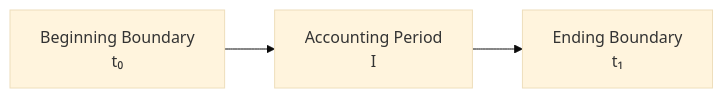
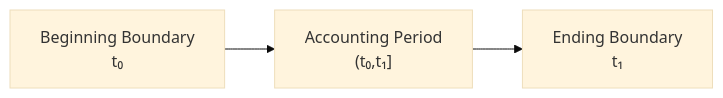
Before and after one commit to niikei/accounting-state-model: the first of 4 diagrams in theory/07-period-stock-flow.md, drawn with Mermaid (base theme). The commit also changed other lines of this file and 8 other files, not shown here.

````diff
--- a/theory/07-period-stock-flow.md
+++ b/theory/07-period-stock-flow.md
@@ -73,8 +55,8 @@
 ```mermaid
 flowchart LR
     BEGIN["Beginning Boundary<br/>t₀"]
-    PERIOD["Accounting Period<br/>I"]
+    PERIOD["Accounting Period<br/>(t₀,t₁]"]
     END["Ending Boundary<br/>t₁"]
 
     BEGIN --> PERIOD --> END
 ```
````
